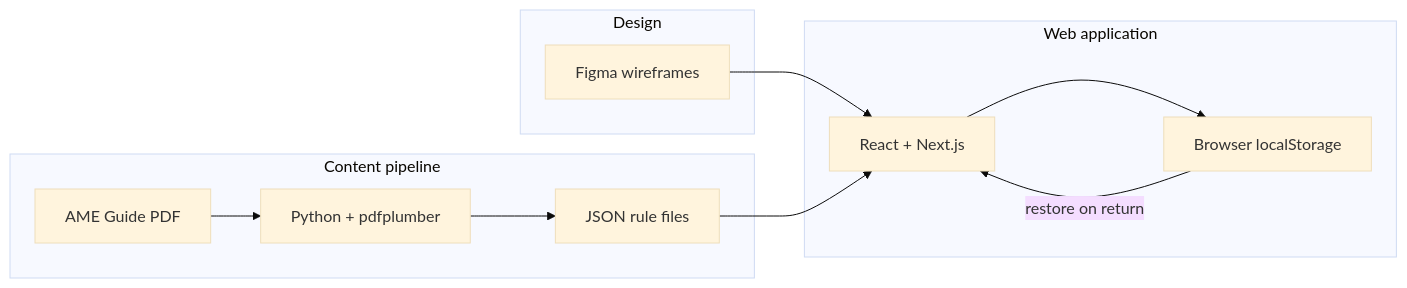
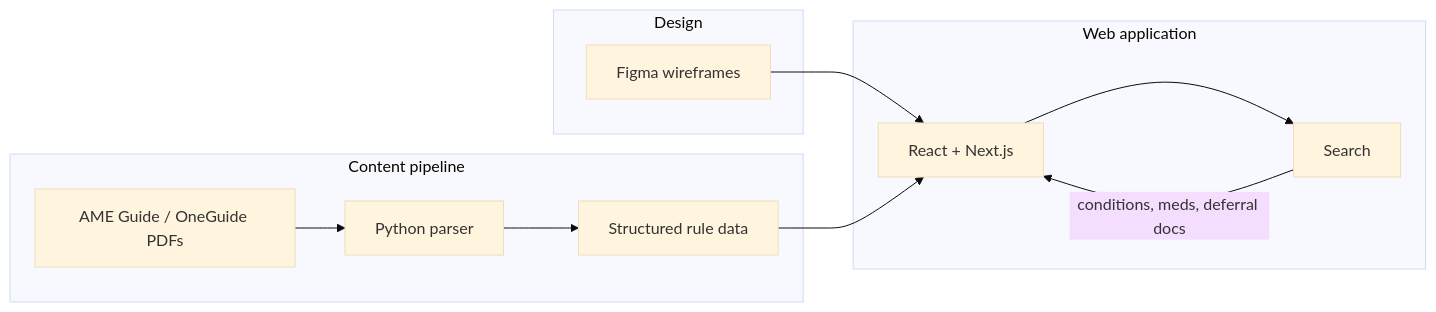
One commit to Colby-Frison/Capstone-Fall2026 changed the diagram in README.md. Above: the diagram before and after it, drawn with Mermaid (base theme). The commit also changed other lines of this file, not shown here.

````diff
--- a/README.md
+++ b/README.md
@@ -61,23 +78,23 @@
 ```mermaid
 flowchart LR
     subgraph design[Design]
         FIG["Figma wireframes"]
     end
 
     subgraph content[Content pipeline]
-        PDF["AME Guide PDF"]
-        PY["Python + pdfplumber"]
-        JSON["JSON rule files"]
+        PDF["AME Guide / OneGuide PDFs"]
+        PY["Python parser"]
+        DATA["Structured rule data"]
     end
 
     subgraph app[Web application]
         NEXT["React + Next.js"]
-        STORE["Browser localStorage"]
+        SEARCH["Search"]
     end
 
     FIG --> NEXT
-    PDF --> PY --> JSON
-    JSON --> NEXT
-    NEXT --> STORE
-    STORE -->|"restore on return"| NEXT
+    PDF --> PY --> DATA
+    DATA --> NEXT
+    NEXT --> SEARCH
+    SEARCH -->|"conditions, meds, deferral docs"| NEXT
 ```
````
